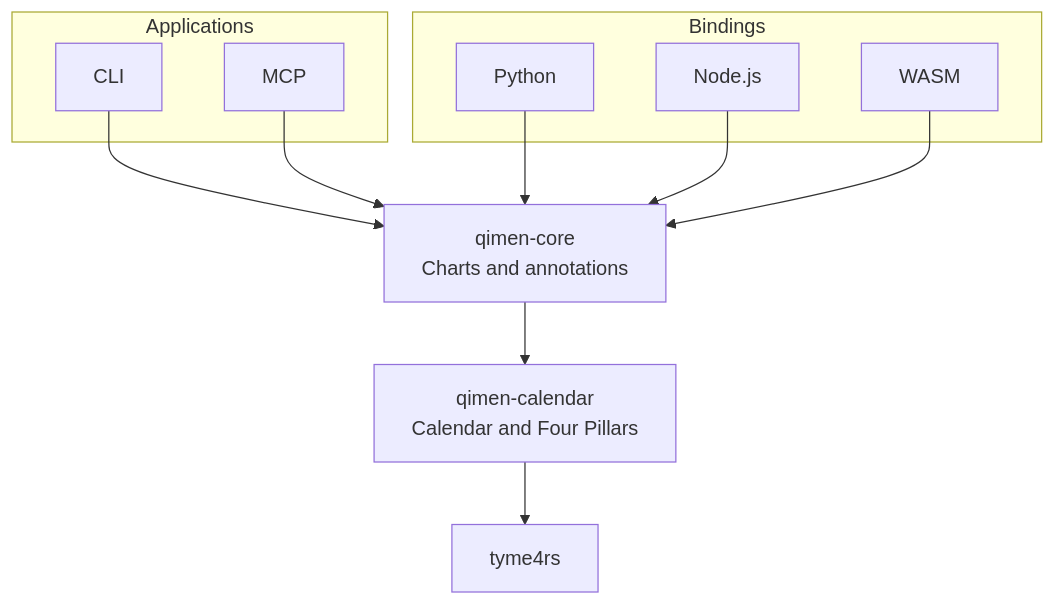
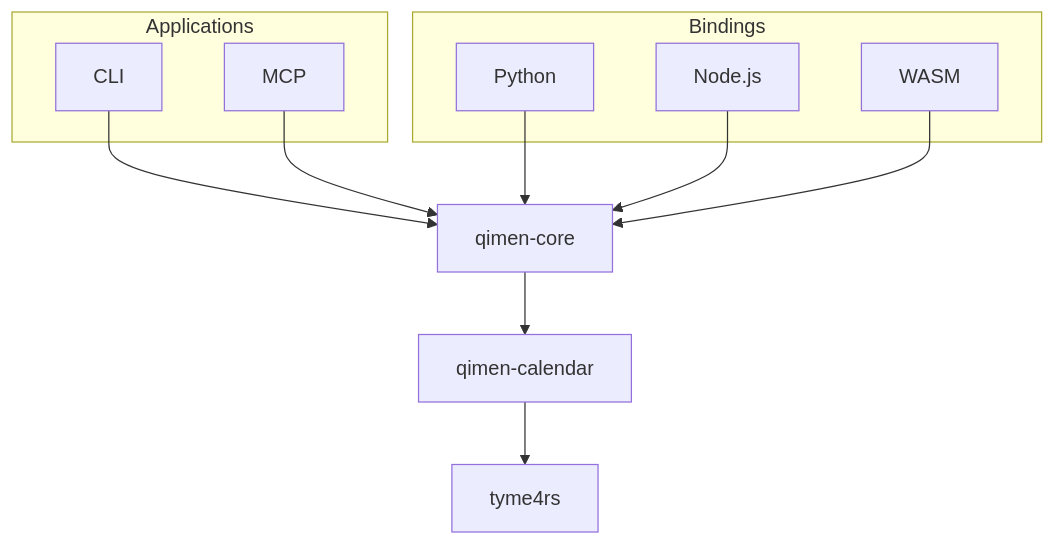
Before and after one commit to SpenserCai/qimen-rs: the diagram in README.en.md, drawn with Mermaid. The commit also changed other lines of this file and 60 other files, not shown here.

````diff
--- a/README.en.md
+++ b/README.en.md
@@ -16,21 +147,19 @@
 ```mermaid
 flowchart TB
     subgraph Apps["Applications"]
         CLI["CLI"]
         MCP["MCP"]
     end
     subgraph Bindings["Bindings"]
         Python["Python"]
         Node["Node.js"]
         WASM["WASM"]
     end
     CLI --> Core
     MCP --> Core
     Python --> Core
     Node --> Core
     WASM --> Core
-    Core["`qimen-core
-Charts and annotations`"] --> Calendar["`qimen-calendar
-Calendar and Four Pillars`"]
+    Core["qimen-core"] --> Calendar["qimen-calendar"]
     Calendar --> Tyme["tyme4rs"]
 ```
````
